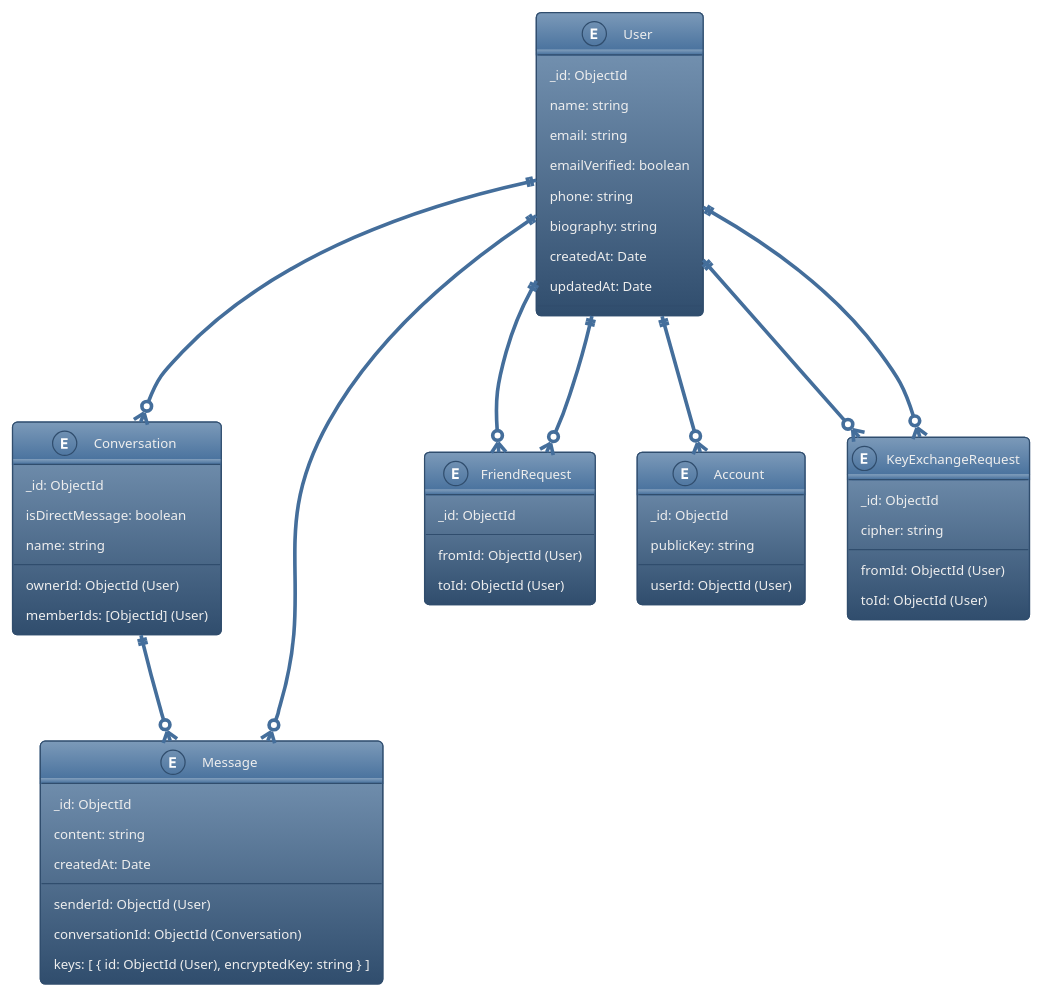
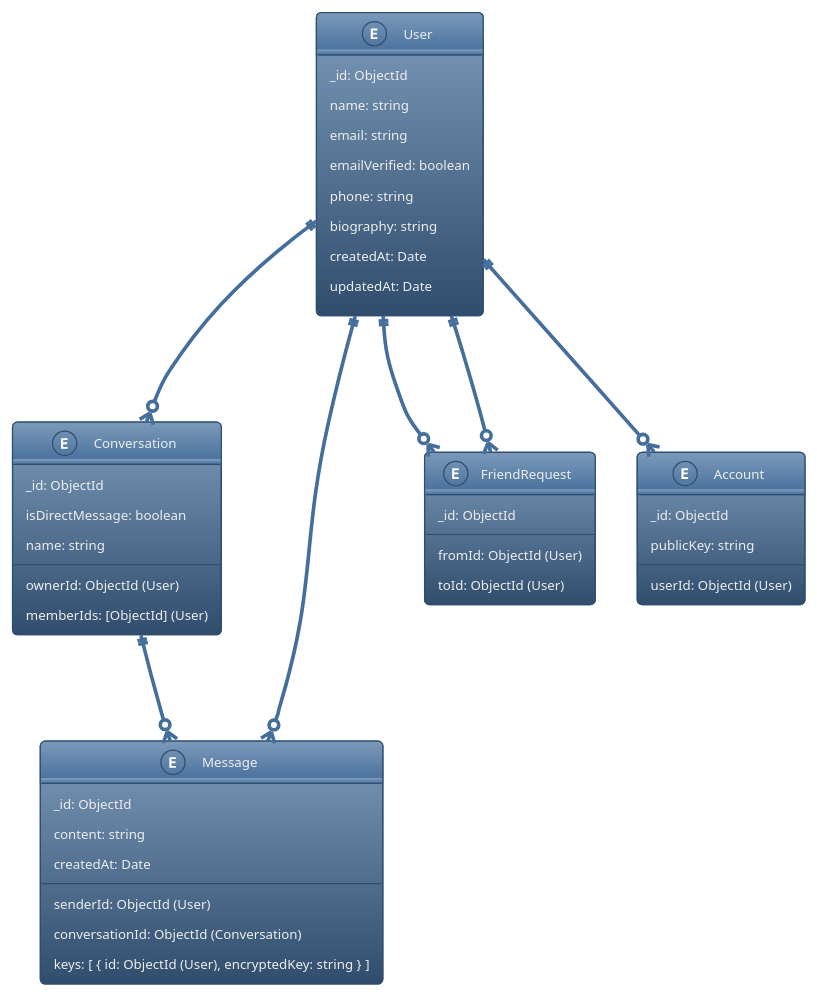
The diagram in diagrams/erd.puml (LargeProject/LatticeChat), drawn with PlantUML before and after one commit. The commit also changed 1 other file, not shown here.

Commit message:
chore: remove KeyExchangeRequest from ERD and OpenAPI
Removed KeyExchangeRequest entity from diagrams/erd.puml and deleted the /api/users/{user_id}/key-exchange-requests endpoints and KeyExchange schemas from server/docs/openapi.yaml.

```diff
--- a/diagrams/erd.puml
+++ b/diagrams/erd.puml
@@ -1,62 +1,54 @@
 @startuml
 ' Entity Relationship Diagram for LatticeChat
 !theme spacelab
 
 entity User {
   _id: ObjectId
   name: string
   email: string
   emailVerified: boolean
   phone: string
   biography: string
   createdAt: Date
   updatedAt: Date
 }
 
 entity Conversation {
   _id: ObjectId
   ownerId: ObjectId (User)
   isDirectMessage: boolean
   name: string
   memberIds: [ObjectId] (User)
 }
 
 entity Message {
   _id: ObjectId
   senderId: ObjectId (User)
   conversationId: ObjectId (Conversation)
   content: string
   createdAt: Date
   keys: [ { id: ObjectId (User), encryptedKey: string } ]
 }
 
 entity FriendRequest {
   _id: ObjectId
   fromId: ObjectId (User)
   toId: ObjectId (User)
 }
 
 entity Account {
   _id: ObjectId
   userId: ObjectId (User)
   publicKey: string
 }
 
-entity KeyExchangeRequest {
-  _id: ObjectId
-  fromId: ObjectId (User)
-  toId: ObjectId (User)
-  cipher: string
-}
 
 ' Relationships
 User ||--o{ Conversation : memberIds
 User ||--o{ FriendRequest : fromId
 User ||--o{ FriendRequest : toId
 User ||--o{ Account : userId
-User ||--o{ KeyExchangeRequest : fromId
-User ||--o{ KeyExchangeRequest : toId
 Conversation ||--o{ Message : conversationId
 User ||--o{ Message : senderId
 
 @enduml
```
